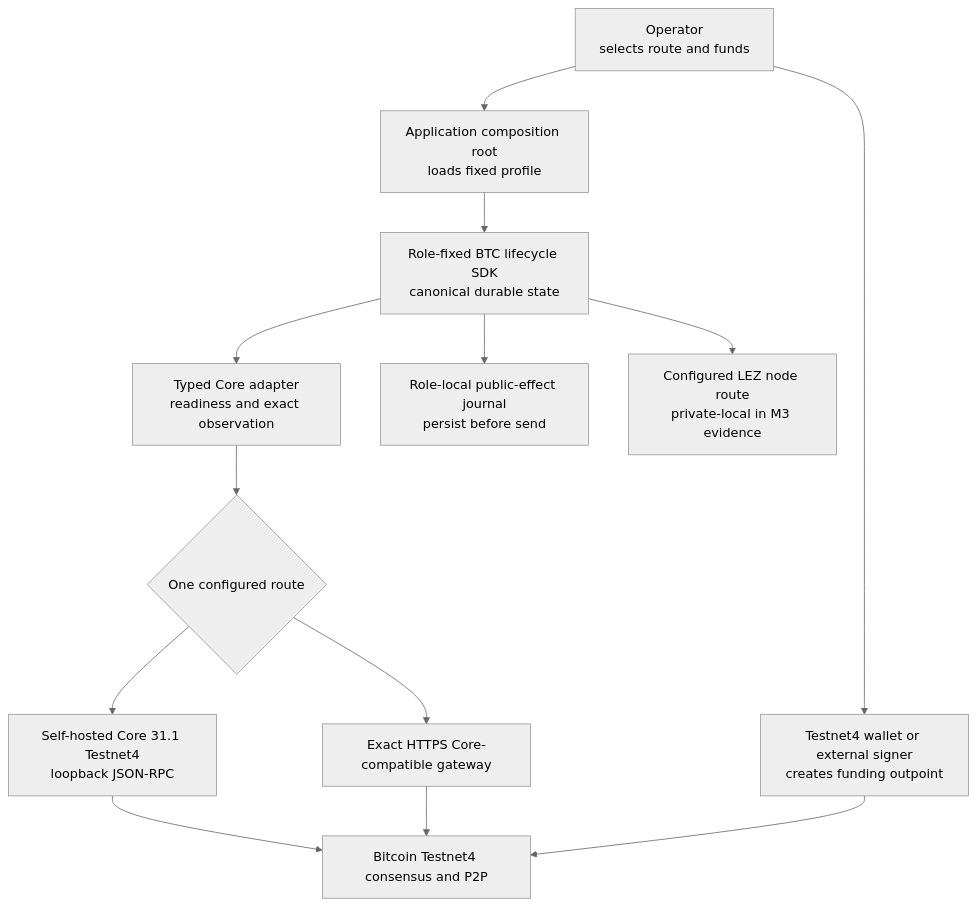
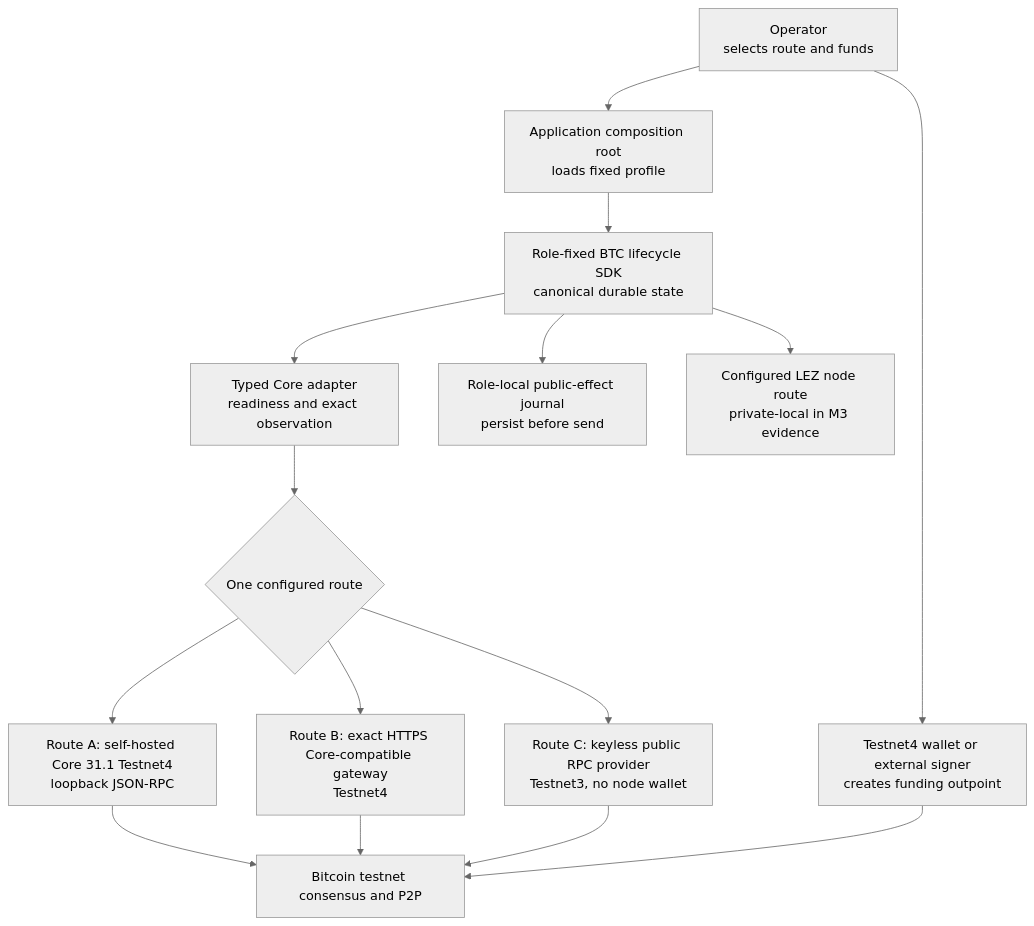
Before and after one commit to gateway-fm/lez-atomic-swaps: the first of 2 diagrams in docs/bitcoin-testnet4-setup.md, drawn with Mermaid (neutral theme). The commit also changed other lines of this file and 7 other files, not shown here.

````diff
--- a/docs/bitcoin-testnet4-setup.md
+++ b/docs/bitcoin-testnet4-setup.md
@@ -42,27 +69,30 @@
 ```mermaid
 flowchart TB
     Operator["Operator<br/>selects route and funds"]
     Wallet["Testnet4 wallet or external signer<br/>creates funding outpoint"]
     App["Application composition root<br/>loads fixed profile"]
     SDK["Role-fixed BTC lifecycle SDK<br/>canonical durable state"]
     Adapter["Typed Core adapter<br/>readiness and exact observation"]
     Journal["Role-local public-effect journal<br/>persist before send"]
     Route{"One configured route"}
-    LocalCore["Self-hosted Core 31.1 Testnet4<br/>loopback JSON-RPC"]
-    Gateway["Exact HTTPS Core-compatible gateway"]
-    Testnet["Bitcoin Testnet4 consensus and P2P"]
+    LocalCore["Route A: self-hosted Core 31.1 Testnet4<br/>loopback JSON-RPC"]
+    Gateway["Route B: exact HTTPS Core-compatible gateway<br/>Testnet4"]
+    Provider["Route C: keyless public RPC provider<br/>Testnet3, no node wallet"]
+    Testnet["Bitcoin testnet consensus and P2P"]
     Lez["Configured LEZ node route<br/>private-local in M3 evidence"]
 
     Operator --> Wallet
     Operator --> App
     App --> SDK
     SDK --> Journal
     SDK --> Adapter
     Adapter --> Route
     Route --> LocalCore
     Route --> Gateway
+    Route --> Provider
     LocalCore --> Testnet
     Gateway --> Testnet
+    Provider --> Testnet
     Wallet --> Testnet
     SDK --> Lez
 ```
````
